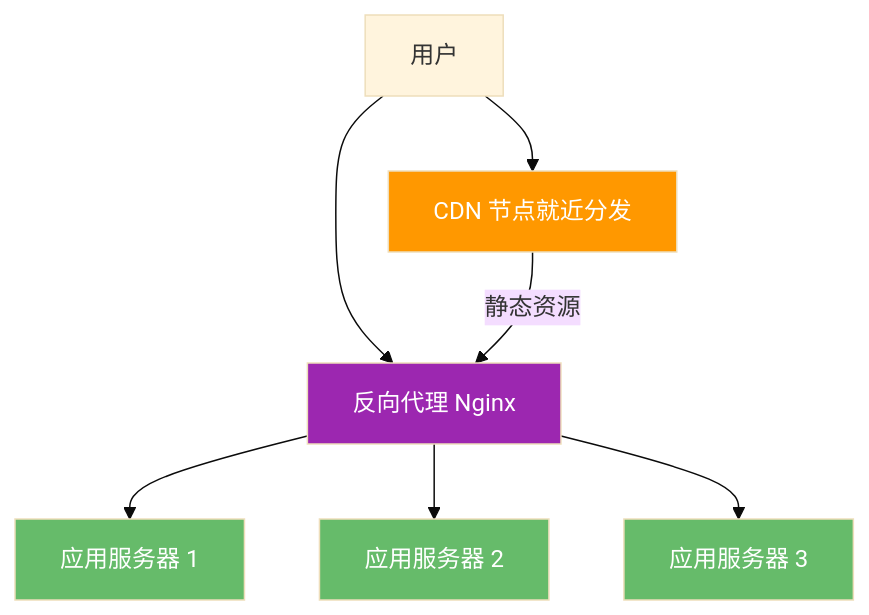
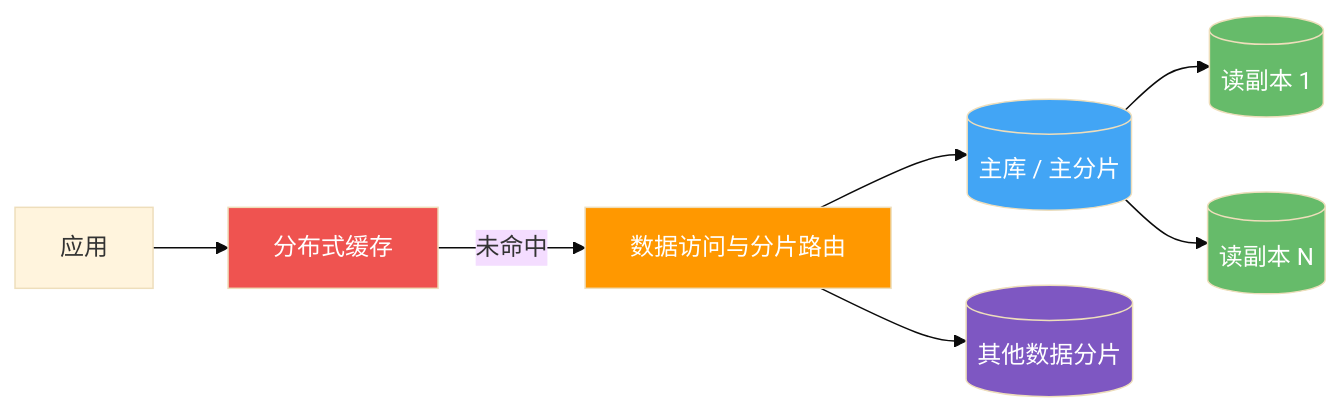
The third of 5 diagrams in _posts/2026-05-17-internet-architecture-evolution.md (weng235/weng235.github.io), drawn with Mermaid (base theme) before and after one commit. The commit also changed other lines of this file and 4 other files, not shown here.

````diff
--- a/_posts/2026-05-17-internet-architecture-evolution.md
+++ b/_posts/2026-05-17-internet-architecture-evolution.md
@@ -187,15 +117,16 @@
 ```mermaid
-graph TB
-    Client[用户] --> CDN[CDN 节点就近分发]
-    Client --> Nginx[反向代理 Nginx]
-    CDN -->|静态资源| Nginx
-    Nginx --> App1[应用服务器 1]
-    Nginx --> App2[应用服务器 2]
-    Nginx --> App3[应用服务器 3]
+flowchart LR
+    App["应用"] --> Cache["分布式缓存"]
+    Cache -->|未命中| Router["数据访问与分片路由"]
+    Router --> Primary[("主库 / 主分片")]
+    Primary --> Replica1[("读副本 1")]
+    Primary --> Replica2[("读副本 N")]
+    Router --> Shard2[("其他数据分片")]
 
-    style CDN fill:#FF9800,color:#fff
-    style Nginx fill:#9C27B0,color:#fff
-    style App1 fill:#66BB6A,color:#fff
-    style App2 fill:#66BB6A,color:#fff
-    style App3 fill:#66BB6A,color:#fff
+    style Cache fill:#EF5350,color:#fff
+    style Router fill:#FF9800,color:#fff
+    style Primary fill:#42A5F5,color:#fff
+    style Replica1 fill:#66BB6A,color:#fff
+    style Replica2 fill:#66BB6A,color:#fff
+    style Shard2 fill:#7E57C2,color:#fff
 ```
````
